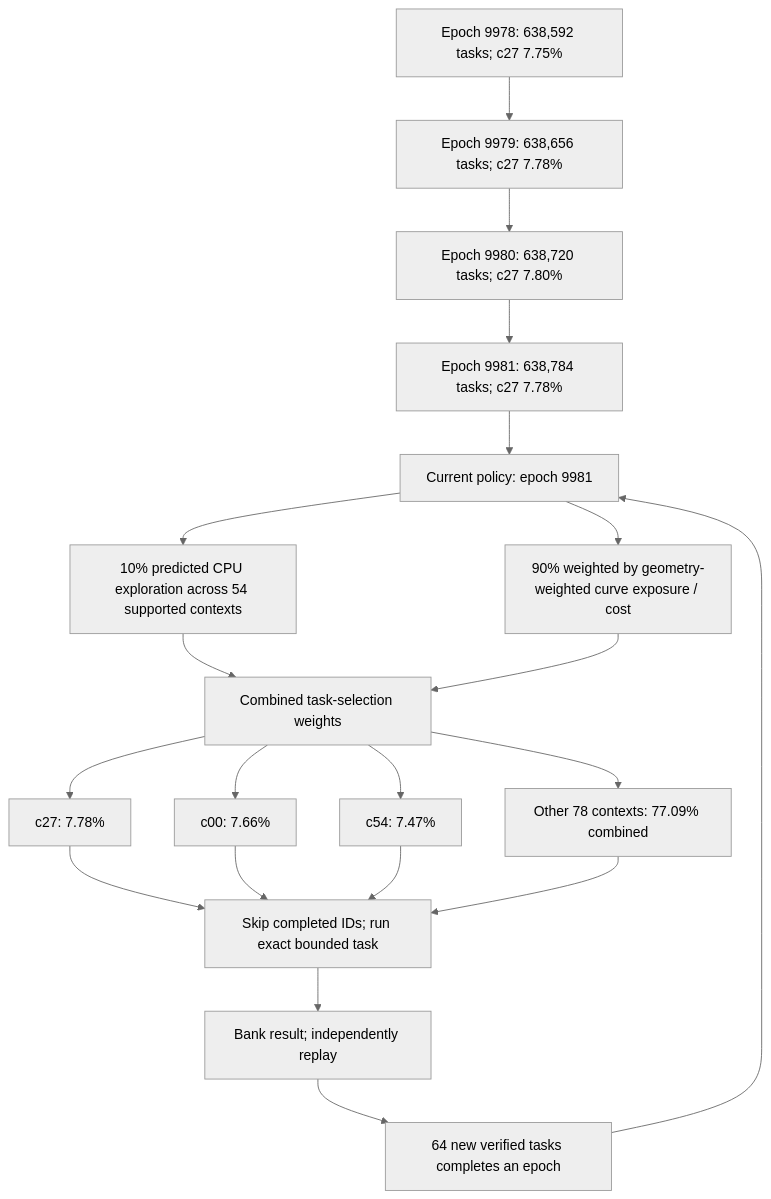
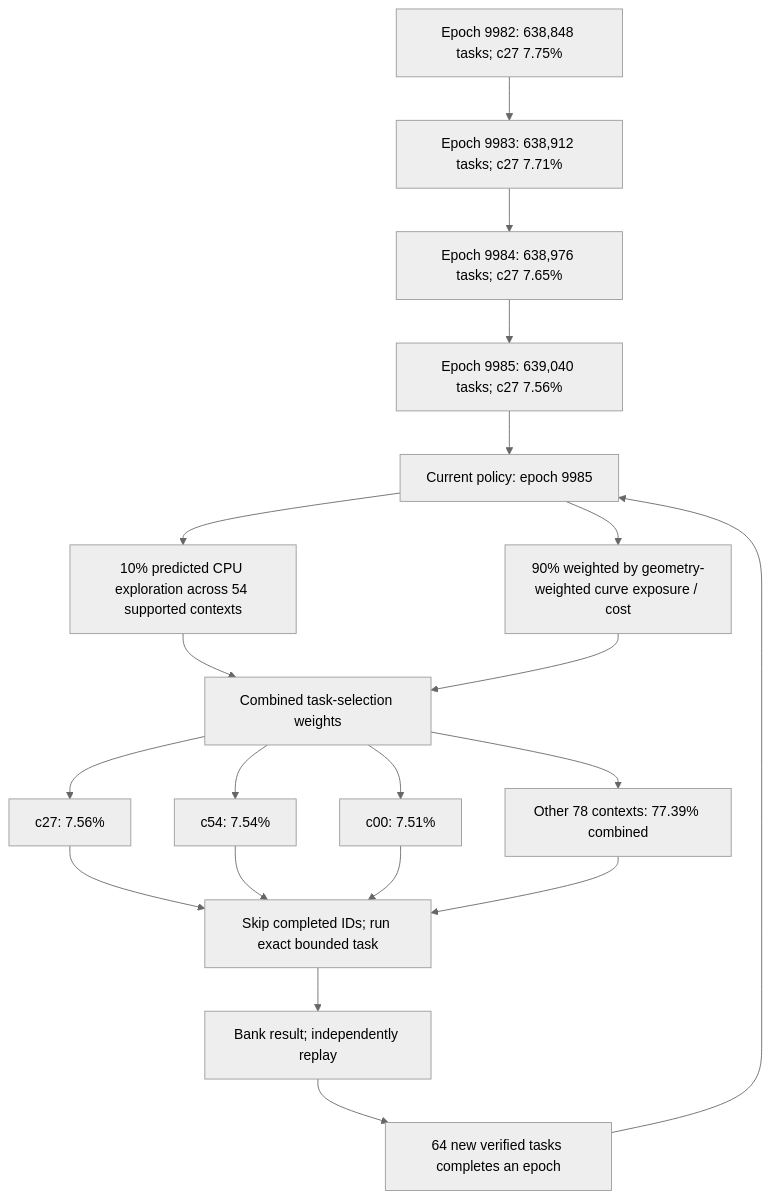
The first of 4 diagrams in README.md (Kuberwastaken/math-gambling), drawn with Mermaid (neutral theme) before and after one commit. The commit also changed other lines of this file and 561 other files, not shown here.

````diff
--- a/README.md
+++ b/README.md
@@ -60,27 +60,27 @@
 ```mermaid
 flowchart TD
-    H0["Epoch 9978: 638,592 tasks; c27 7.75%"]
-    H1["Epoch 9979: 638,656 tasks; c27 7.78%"]
+    H0["Epoch 9982: 638,848 tasks; c27 7.75%"]
+    H1["Epoch 9983: 638,912 tasks; c27 7.71%"]
     H0 --> H1
-    H2["Epoch 9980: 638,720 tasks; c27 7.80%"]
+    H2["Epoch 9984: 638,976 tasks; c27 7.65%"]
     H1 --> H2
-    H3["Epoch 9981: 638,784 tasks; c27 7.78%"]
+    H3["Epoch 9985: 639,040 tasks; c27 7.56%"]
     H2 --> H3
-    Policy["Current policy: epoch 9981"]
+    Policy["Current policy: epoch 9985"]
     H3 --> Policy
     Policy --> Explore["10% predicted CPU exploration across 54 supported contexts"]
     Policy --> Cost["90% weighted by geometry-weighted curve exposure / cost"]
     Explore --> Mix["Combined task-selection weights"]
     Cost --> Mix
-    Mix --> C0["c27: 7.78%"]
-    Mix --> C1["c00: 7.66%"]
-    Mix --> C2["c54: 7.47%"]
-    Mix --> Rest["Other 78 contexts: 77.09% combined"]
+    Mix --> C0["c27: 7.56%"]
+    Mix --> C1["c54: 7.54%"]
+    Mix --> C2["c00: 7.51%"]
+    Mix --> Rest["Other 78 contexts: 77.39% combined"]
     C0 --> Check["Skip completed IDs; run exact bounded task"]
     C1 --> Check
     C2 --> Check
     Rest --> Check
     Check --> Replay["Bank result; independently replay"]
     Replay --> Gate["64 new verified tasks completes an epoch"]
     Gate --> Policy
 ```
````
